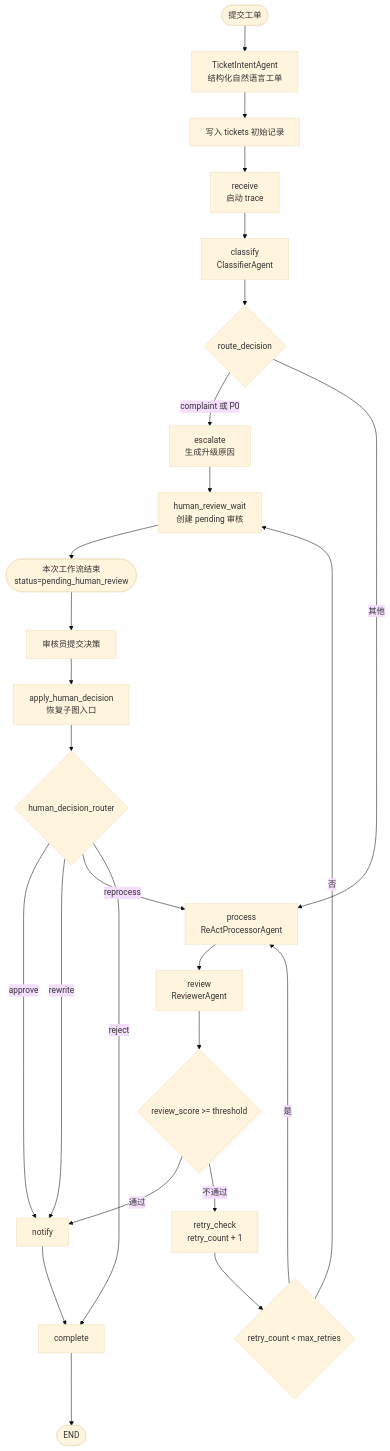
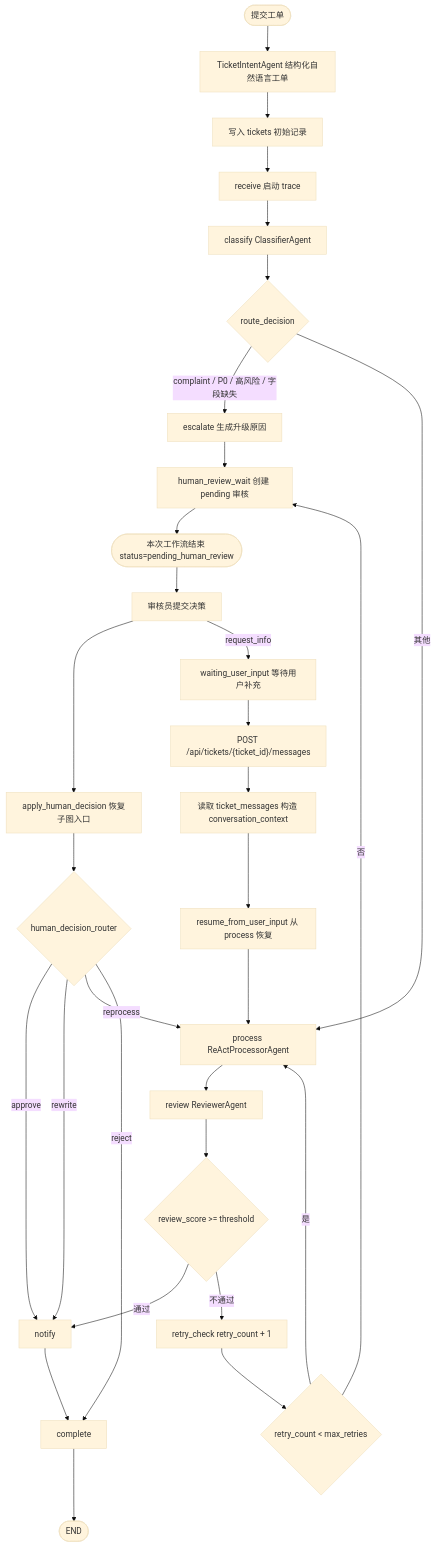
One commit to ArtLjn/AgentDesk changed the diagram in docs/design-spec/01_正式设计/02_工单处理流程设计.md. Above: the diagram before and after it, drawn with Mermaid (base theme). The commit also changed other lines of this file and 52 other files, not shown here.

````diff
--- a/docs/design-spec/01_正式设计/02_工单处理流程设计.md
+++ b/docs/design-spec/01_正式设计/02_工单处理流程设计.md
@@ -36,28 +39,33 @@
 ```mermaid
 flowchart TB
-    Start([提交工单]) --> Intent[TicketIntentAgent<br/>结构化自然语言工单]
-    Intent --> Save[写入 tickets 初始记录]
-    Save --> Receive[receive<br/>启动 trace]
-    Receive --> Classify[classify<br/>ClassifierAgent]
+    Start([提交工单]) --> Intent["TicketIntentAgent 结构化自然语言工单"]
+    Intent --> Save["写入 tickets 初始记录"]
+    Save --> Receive["receive 启动 trace"]
+    Receive --> Classify["classify ClassifierAgent"]
     Classify --> Route{route_decision}
-    Route -->|complaint 或 P0| Escalate[escalate<br/>生成升级原因]
-    Route -->|其他| Process[process<br/>ReActProcessorAgent]
-    Process --> Review[review<br/>ReviewerAgent]
+    Route -->|complaint / P0 / 高风险 / 字段缺失| Escalate["escalate 生成升级原因"]
+    Route -->|其他| Process["process ReActProcessorAgent"]
+    Process --> Review["review ReviewerAgent"]
     Review --> ReviewGate{review_score >= threshold}
     ReviewGate -->|通过| Notify[notify]
-    ReviewGate -->|不通过| Retry[retry_check<br/>retry_count + 1]
+    ReviewGate -->|不通过| Retry["retry_check retry_count + 1"]
     Retry --> RetryGate{retry_count < max_retries}
     RetryGate -->|是| Process
-    RetryGate -->|否| Human[human_review_wait<br/>创建 pending 审核]
+    RetryGate -->|否| Human["human_review_wait 创建 pending 审核"]
     Escalate --> Human
-    Human --> Pending([本次工作流结束<br/>status=pending_human_review])
+    Human --> Pending(["本次工作流结束 status=pending_human_review"])
     Pending --> Decision[审核员提交决策]
-    Decision --> Apply[apply_human_decision<br/>恢复子图入口]
+    Decision --> Apply["apply_human_decision 恢复子图入口"]
     Apply --> DecisionRoute{human_decision_router}
     DecisionRoute -->|approve| Notify
     DecisionRoute -->|rewrite| Notify
     DecisionRoute -->|reprocess| Process
     DecisionRoute -->|reject| Complete[complete]
+    Decision -->|request_info| WaitUser["waiting_user_input 等待用户补充"]
+    WaitUser --> Message["POST /api/tickets/{ticket_id}/messages"]
+    Message --> Context["读取 ticket_messages 构造 conversation_context"]
+    Context --> Resume["resume_from_user_input 从 process 恢复"]
+    Resume --> Process
     Notify --> Complete
     Complete --> End([END])
 ```
````
